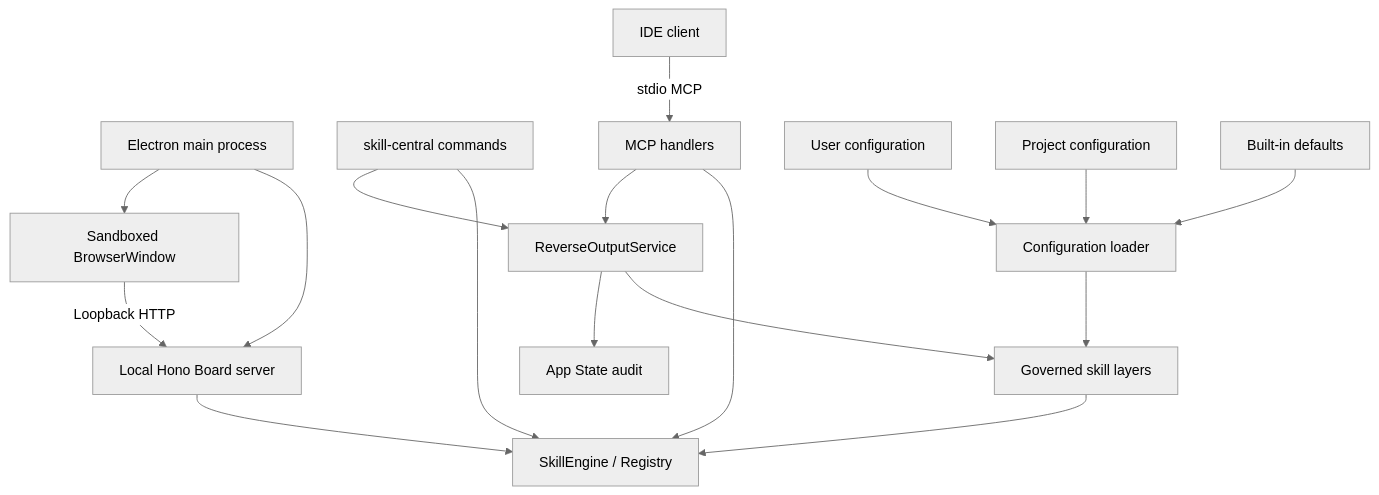
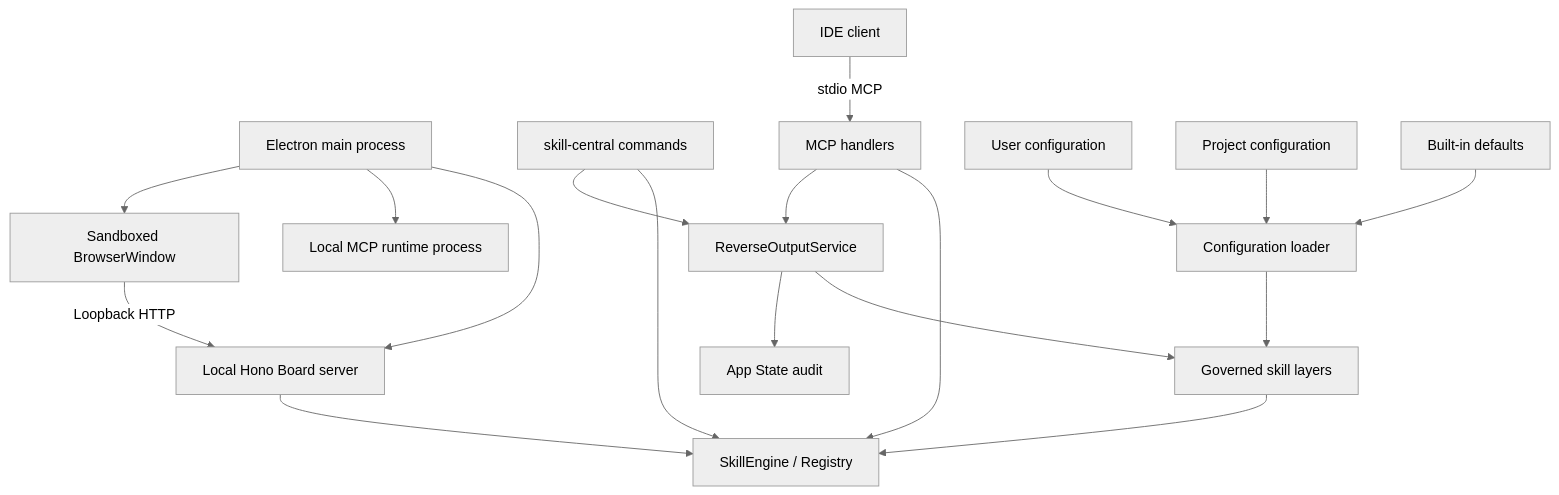
The first of 5 diagrams in docs/en/architecture.md (BobcGn/skill-central), drawn with Mermaid (neutral theme) before and after one commit. The commit also changed other lines of this file and 9 other files, not shown here.

Commit message:
fix(runtime): keep desktop MCP runtime running

````diff
--- a/docs/en/architecture.md
+++ b/docs/en/architecture.md
@@ -13,21 +13,22 @@
 ```mermaid
 flowchart TD
     Electron[Electron main process] --> Board[Local Hono Board server]
+    Electron --> Runtime[Local MCP runtime process]
     Electron --> Window[Sandboxed BrowserWindow]
     Window -->|Loopback HTTP| Board
 
     CLI[skill-central commands] --> Engine[SkillEngine / Registry]
     IDE[IDE client] -->|stdio MCP| MCP[MCP handlers]
     MCP --> Engine
     MCP --> Reverse[ReverseOutputService]
     CLI --> Reverse
     Reverse --> Layers
     Reverse --> Audit[App State audit]
     Board --> Engine
 
     Global[User configuration] --> Config[Configuration loader]
     Project[Project configuration] --> Config
     Defaults[Built-in defaults] --> Config
     Config --> Layers[Governed skill layers]
     Layers --> Engine
 ```
````
